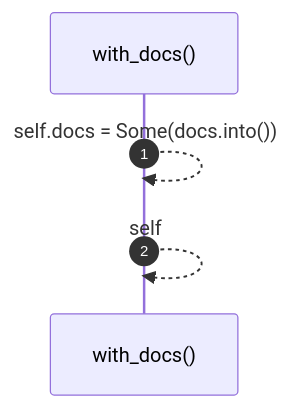
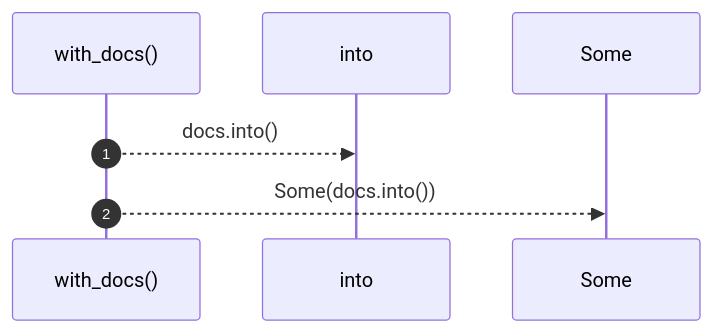
One commit to RyanGuild/self-describing-code changed the fourth of 8 diagrams in docs/self-model/robby_ir/model/impl-node.md. Above: the diagram before and after it, drawn with Mermaid. The commit also changed other lines of this file and 1404 other files, not shown here.

````diff
--- a/docs/self-model/robby_ir/model/impl-node.md
+++ b/docs/self-model/robby_ir/model/impl-node.md
@@ -150,7 +234,9 @@
 ```mermaid
 sequenceDiagram
     autonumber
     participant with_docs as with_docs()
-    with_docs-->>with_docs: self.docs = Some(docs.into())
-    with_docs-->>with_docs: self
+    participant into as into
+    participant Some as Some
+    with_docs-->>into: docs.into()
+    with_docs-->>Some: Some(docs.into())
 ```
````
